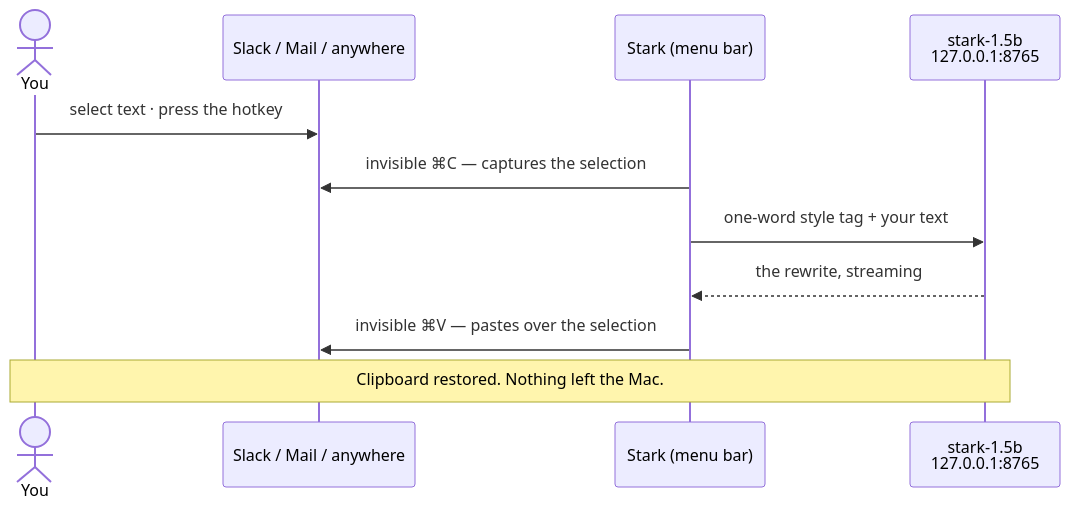
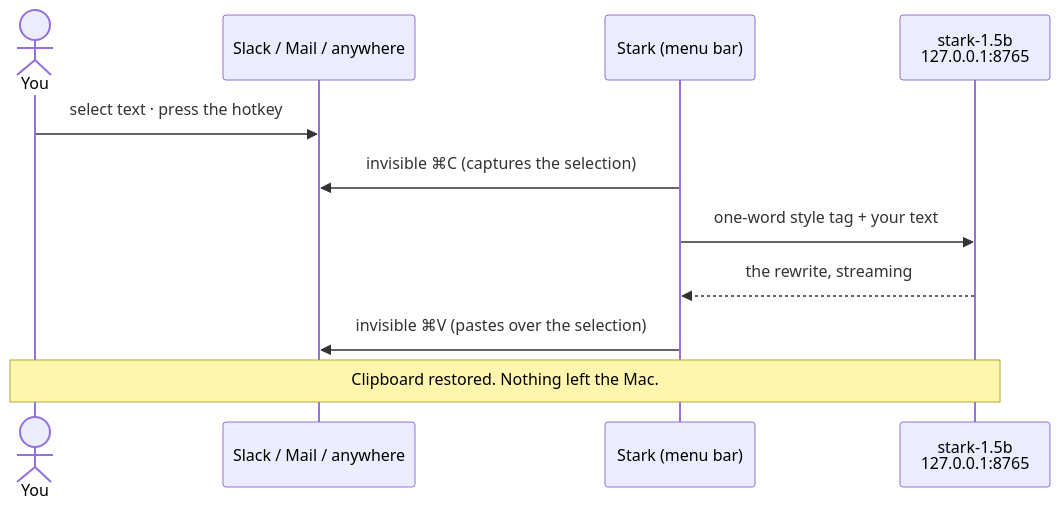
One commit to YoursSarcastically/stark changed the first of 2 diagrams in README.md. Above: the diagram before and after it, drawn with Mermaid. The commit also changed other lines of this file and 2 other files, not shown here.

````diff
--- a/README.md
+++ b/README.md
@@ -53,14 +55,14 @@
 ```mermaid
 sequenceDiagram
     actor You
     participant App as Slack / Mail / anywhere
     participant Stark as Stark (menu bar)
     participant Model as stark-1.5b<br/>127.0.0.1:8765
 
     You->>App: select text · press the hotkey
-    Stark->>App: invisible ⌘C — captures the selection
+    Stark->>App: invisible ⌘C (captures the selection)
     Stark->>Model: one-word style tag + your text
     Model-->>Stark: the rewrite, streaming
-    Stark->>App: invisible ⌘V — pastes over the selection
+    Stark->>App: invisible ⌘V (pastes over the selection)
     Note over You,Model: Clipboard restored. Nothing left the Mac.
 ```
````
